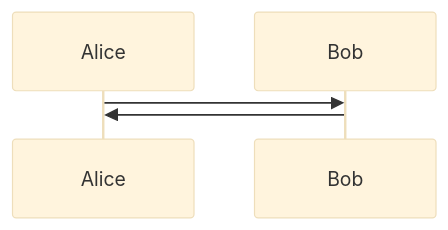
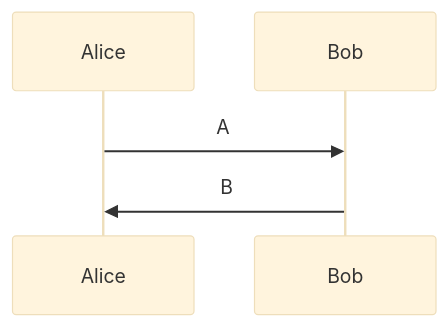
Before and after one commit to HeikoTheissen/markdowntest: the diagram in README.md, drawn with Mermaid (base theme).

Commit message:
Avoid syntax error

````diff
--- a/README.md
+++ b/README.md
@@ -7,5 +7,5 @@
 ```mermaid
 sequenceDiagram
-    Alice ->> Bob: 
-    Bob ->> Alice: 
+  Alice ->> Bob: A
+  Bob ->> Alice: B
 ```
````
